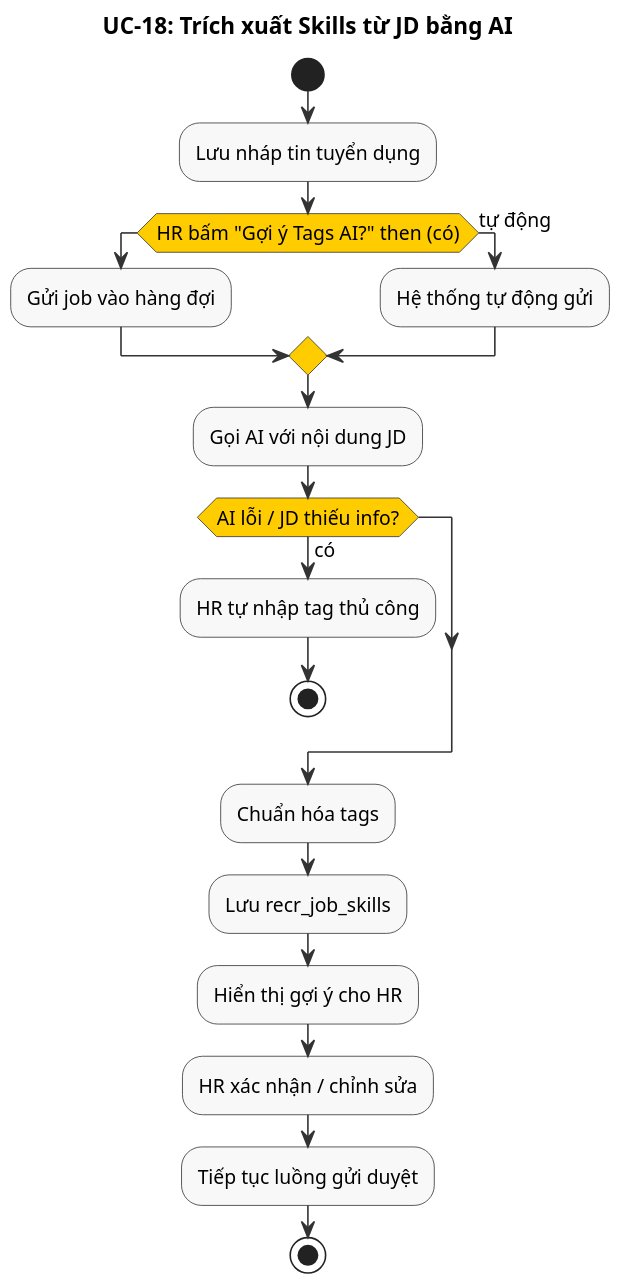
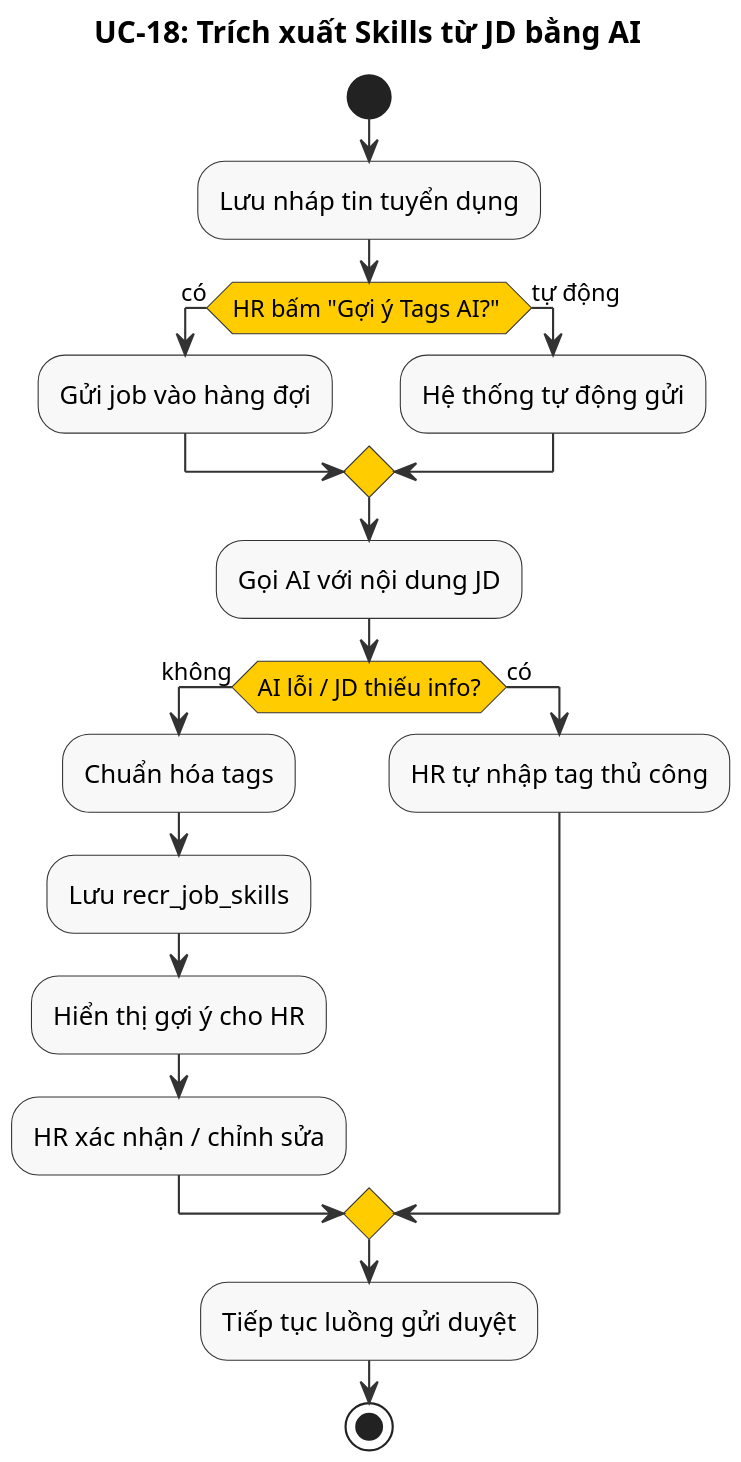
The diagram in modules/recr/diagrams/activity/uc18-jd-skill-extraction-activity.puml (namnh240795/document), drawn with PlantUML before and after one commit. The commit also changed 79 other files, not shown here.

```diff
--- a/modules/recr/diagrams/activity/uc18-jd-skill-extraction-activity.puml
+++ b/modules/recr/diagrams/activity/uc18-jd-skill-extraction-activity.puml
@@ -1,46 +1,39 @@
 @startuml
 ' UC-18: Trích xuất Skills từ JD - Sơ đồ Hoạt động
-skinparam dpi 150
-skinparam defaultFontSize 12
-skinparam nodesep 15
-skinparam ranksep 15
+skinparam dpi 200
 skinparam activity {
   BackgroundColor #F8F8F8
   BorderColor #333333
   ArrowColor #333333
   DiamondBackgroundColor #FFCC00
   DiamondBorderColor #333333
 }
 
 title UC-18: Trích xuất Skills từ JD bằng AI
 
 start
 
 :Lưu nháp tin tuyển dụng;
 
-if (HR bấm "Gợi ý Tags AI?" then (có))
+if (HR bấm "Gợi ý Tags AI?" ) then (có)
   :Gửi job vào hàng đợi;
 else (tự động)
   :Hệ thống tự động gửi;
 endif
 
 :Gọi AI với nội dung JD;
 
-if (AI lỗi / JD thiếu info?) then (có)
+if (AI lỗi / JD thiếu info?) then (không)
+  :Chuẩn hóa tags;
+  :Lưu recr_job_skills;
+  :Hiển thị gợi ý cho HR;
+  :HR xác nhận / chỉnh sửa;
+else (có)
   :HR tự nhập tag thủ công;
-  stop
 endif
-
-:Chuẩn hóa tags;
-
-:Lưu recr_job_skills;
-
-:Hiển thị gợi ý cho HR;
-
-:HR xác nhận / chỉnh sửa;
 
 :Tiếp tục luồng gửi duyệt;
 
 stop
 
 @enduml
```
